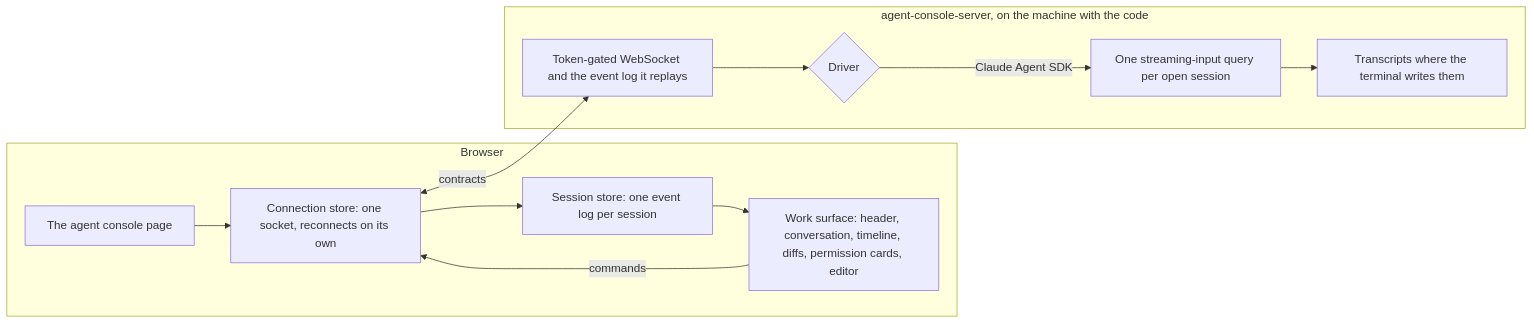
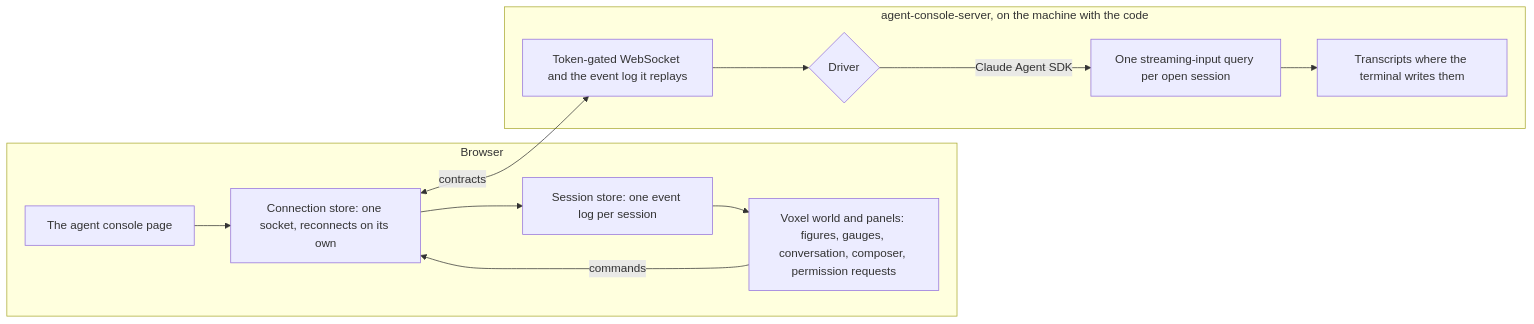
The diagram in apps/web/content/docs/infra/claude-interface/agent-console/index.md (Esposter/Esposter), drawn with Mermaid before and after one commit. The commit also changed other lines of this file and 11 other files, not shown here.

Commit message:
docs(agent-console): the voxel world as built, its terminal parity, and the proposals it shipped

````diff
--- a/apps/web/content/docs/infra/claude-interface/agent-console/index.md
+++ b/apps/web/content/docs/infra/claude-interface/agent-console/index.md
@@ -14,15 +14,15 @@
 ```mermaid
 flowchart LR
   subgraph Browser
     P[The agent console page] --> C[Connection store: one socket, reconnects on its own]
     C --> S[Session store: one event log per session]
-    S --> W[Work surface: header, conversation, timeline, diffs, permission cards, editor]
+    S --> W[Voxel world and panels: figures, gauges, conversation, composer, permission requests]
     W -->|commands| C
   end
   subgraph Host[agent-console-server, on the machine with the code]
     WS[Token-gated WebSocket and the event log it replays] --> D{Driver}
     D -->|Claude Agent SDK| Q[One streaming-input query per open session]
     Q --> T[Transcripts where the terminal writes them]
   end
   C <-->|contracts| WS
 ```
````
